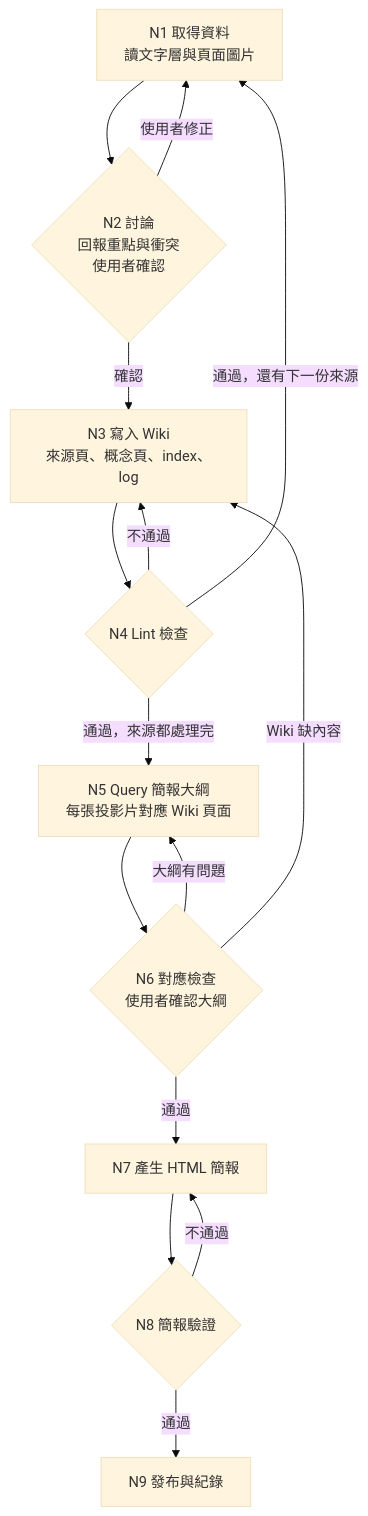
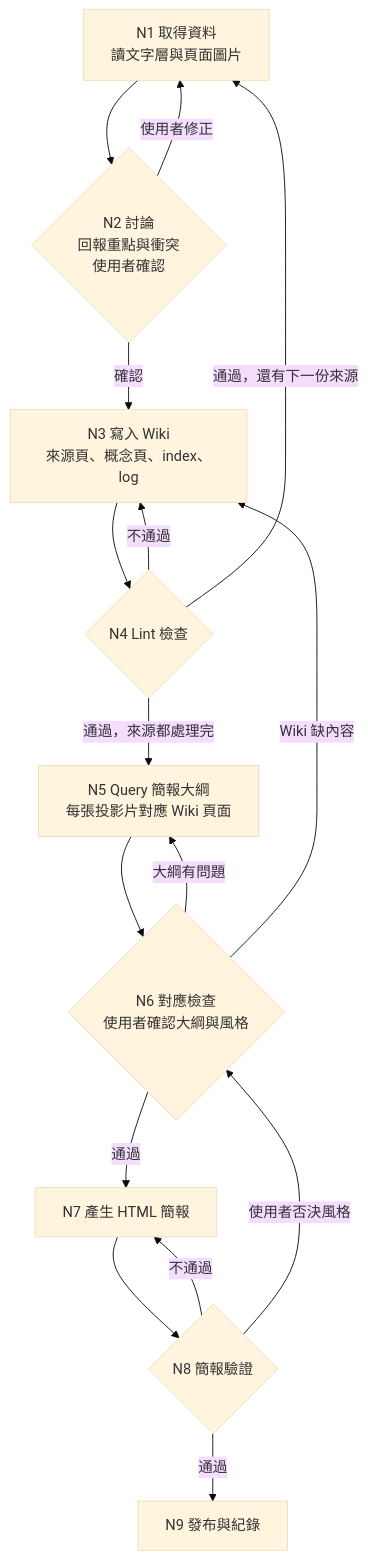
Before and after one commit to canf1ver12/statistics-llm-wiki: the diagram in AGENTS.md, drawn with Mermaid (base theme). The commit also changed other lines of this file, not shown here.

First line of the commit message:
docs(schema): N6 加上風格確認、N8 加上人工審查、N9 列出個資檢查

````diff
--- a/AGENTS.md
+++ b/AGENTS.md
@@ -159,17 +159,18 @@
 ```mermaid
 flowchart TD
     N1[N1 取得資料<br/>讀文字層與頁面圖片] --> N2{N2 討論<br/>回報重點與衝突<br/>使用者確認}
     N2 -- 使用者修正 --> N1
     N2 -- 確認 --> N3[N3 寫入 Wiki<br/>來源頁、概念頁、index、log]
     N3 --> N4{N4 Lint 檢查}
     N4 -- 不通過 --> N3
     N4 -- 通過，還有下一份來源 --> N1
     N4 -- 通過，來源都處理完 --> N5[N5 Query 簡報大綱<br/>每張投影片對應 Wiki 頁面]
-    N5 --> N6{N6 對應檢查<br/>使用者確認大綱}
+    N5 --> N6{N6 對應檢查<br/>使用者確認大綱與風格}
     N6 -- 大綱有問題 --> N5
     N6 -- Wiki 缺內容 --> N3
     N6 -- 通過 --> N7[N7 產生 HTML 簡報]
     N7 --> N8{N8 簡報驗證}
     N8 -- 不通過 --> N7
+    N8 -- 使用者否決風格 --> N6
     N8 -- 通過 --> N9[N9 發布與紀錄]
 ```
````
